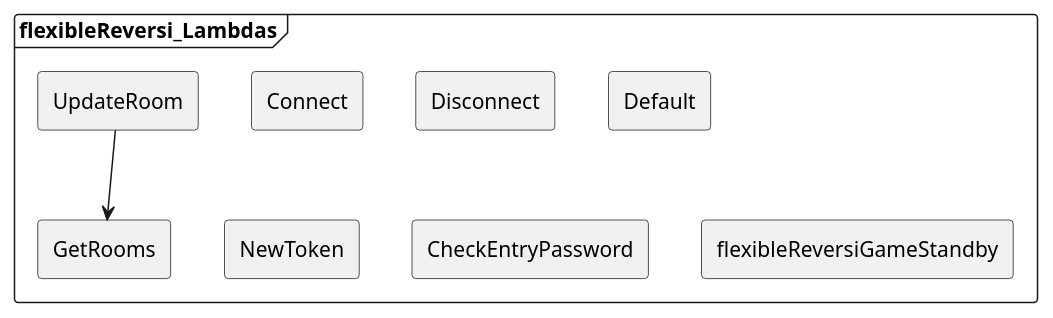
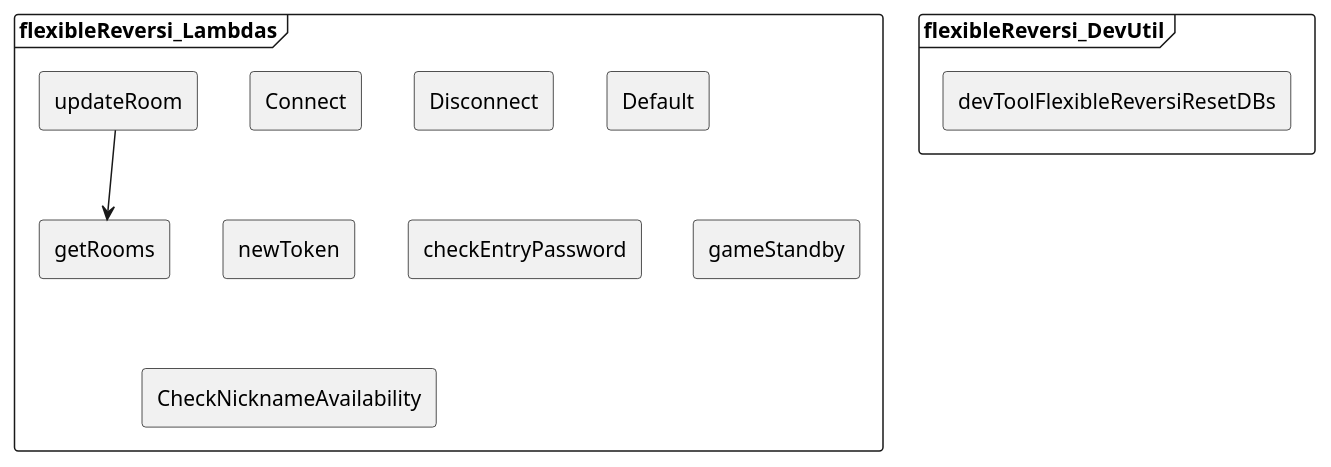
One commit to kusa-mochi/flexible-reversi changed the diagram in docs/lambda_relations.puml. Above: the diagram before and after it, drawn with PlantUML.

Commit message:
update lambda relation diagram.

```diff
--- a/docs/lambda_relations.puml
+++ b/docs/lambda_relations.puml
@@ -1,16 +1,21 @@
 @startuml lambda_relations
 
 frame flexibleReversi_Lambdas {
     agent Connect
     agent Disconnect
     agent Default
-    agent NewToken
-    agent GetRooms
-    agent UpdateRoom
-    agent CheckEntryPassword
-    agent flexibleReversiGameStandby
+    agent newToken
+    agent getRooms
+    agent updateRoom
+    agent checkEntryPassword
+    agent gameStandby
+    agent CheckNicknameAvailability
 
-    UpdateRoom --> GetRooms
+    updateRoom --> getRooms
+}
+
+frame flexibleReversi_DevUtil {
+    agent devToolFlexibleReversiResetDBs
 }
 
 @enduml
```
